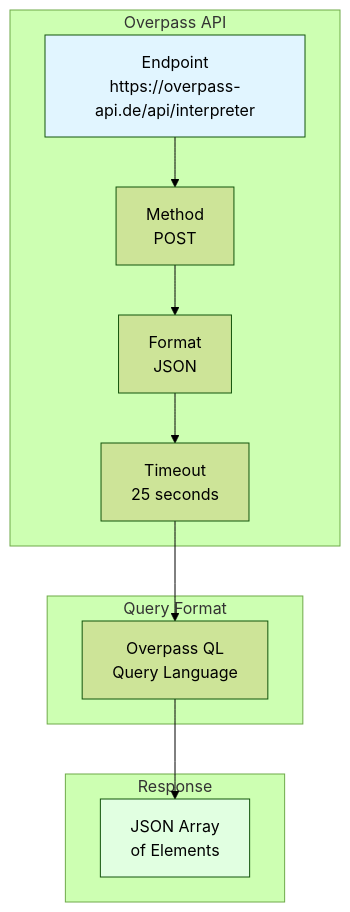
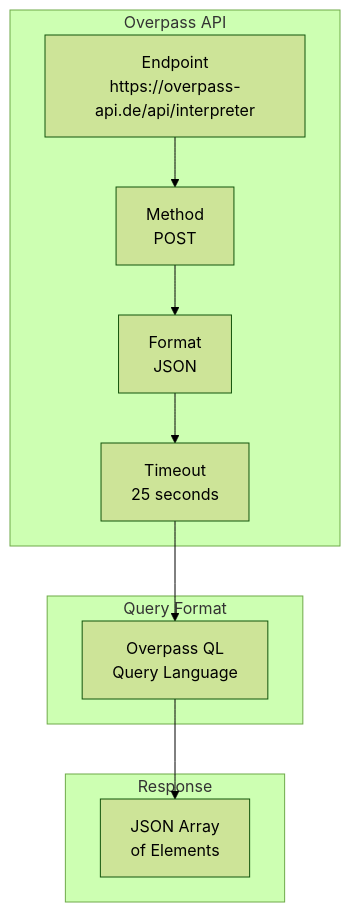
One commit to DaxServer/geocode-commons-categories changed the second of 19 diagrams in docs/import/api-interactions.md. Above: the diagram before and after it, drawn with Mermaid (forest theme). The commit also changed other lines of this file and 5 other files, not shown here.

````diff
--- a/docs/import/api-interactions.md
+++ b/docs/import/api-interactions.md
@@ -35,26 +33,24 @@
 ```mermaid
 graph TB
     subgraph "Overpass API"
         ENDPOINT[Endpoint<br/>https://overpass-api.de/api/interpreter]
         METHOD[Method<br/>POST]
         FORMAT[Format<br/>JSON]
         TIMEOUT[Timeout<br/>25 seconds]
     end
 
     subgraph "Query Format"
         QL[Overpass QL<br/>Query Language]
     end
 
     subgraph "Response"
         JSON[JSON Array<br/>of Elements]
     end
 
     ENDPOINT --> METHOD
     METHOD --> FORMAT
     FORMAT --> TIMEOUT
     TIMEOUT --> QL
     QL --> JSON
 
-    style ENDPOINT fill:#e1f5ff
-    style JSON fill:#e1ffe1
 ```
````
